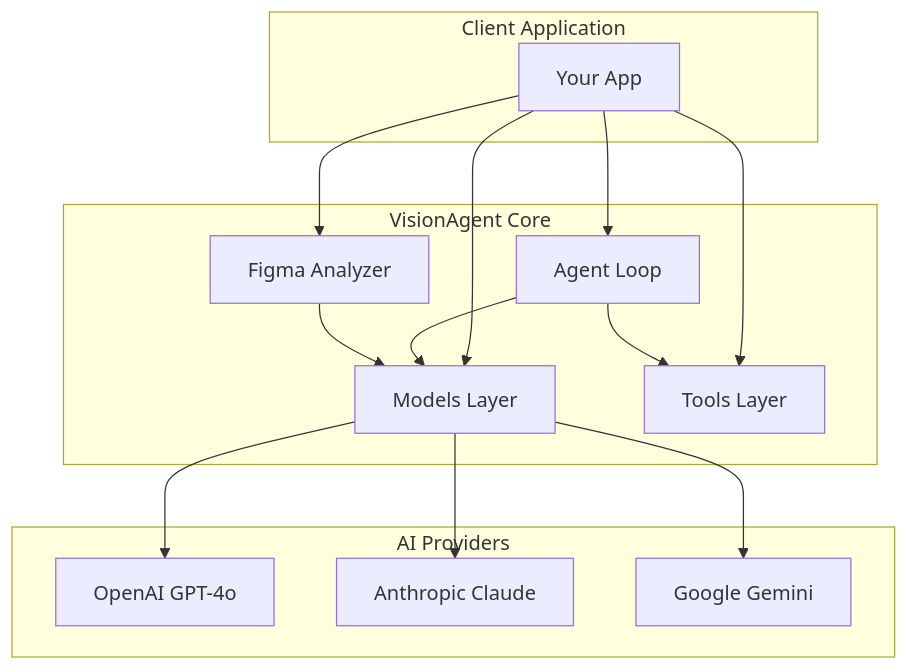
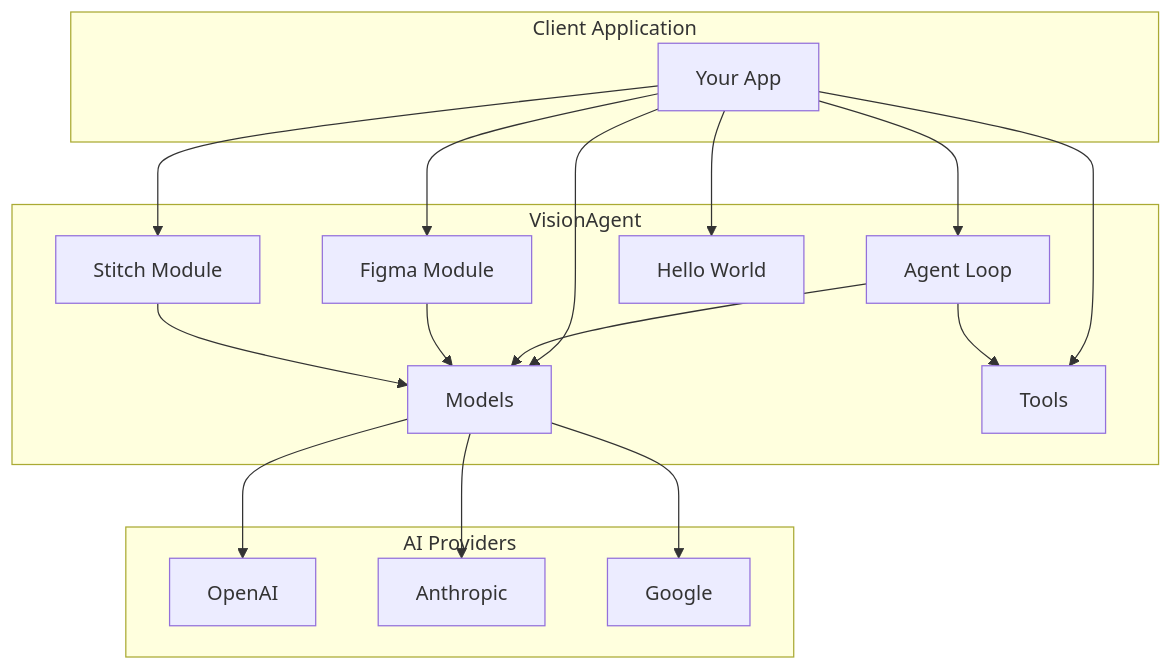
The first of 2 diagrams in README.md (sijeeshmiziha/visionagent), drawn with Mermaid before and after one commit. The commit also changed other lines of this file and 2 other files, not shown here.

````diff
--- a/README.md
+++ b/README.md
@@ -277,32 +258,35 @@
 ```mermaid
 graph TB
     subgraph Client[Client Application]
         App[Your App]
     end
 
-    subgraph VisionAgent[VisionAgent Core]
-        Models[Models Layer]
-        Tools[Tools Layer]
+    subgraph VisionAgent[VisionAgent]
+        Models[Models]
+        Tools[Tools]
         Agents[Agent Loop]
-        Figma[Figma Analyzer]
+        FigmaModule[Figma Module]
+        StitchModule[Stitch Module]
+        HelloWorld[Hello World]
     end
 
     subgraph Providers[AI Providers]
-        OpenAI[OpenAI GPT-4o]
-        Anthropic[Anthropic Claude]
-        Google[Google Gemini]
+        OpenAI[OpenAI]
+        Anthropic[Anthropic]
+        Google[Google]
     end
 
     App --> Models
     App --> Tools
     App --> Agents
-    App --> Figma
+    App --> FigmaModule
+    App --> StitchModule
+    App --> HelloWorld
     Models --> OpenAI
     Models --> Anthropic
     Models --> Google
-
     Agents --> Models
     Agents --> Tools
-
-    Figma --> Models
+    FigmaModule --> Models
+    StitchModule --> Models
 ```
````
